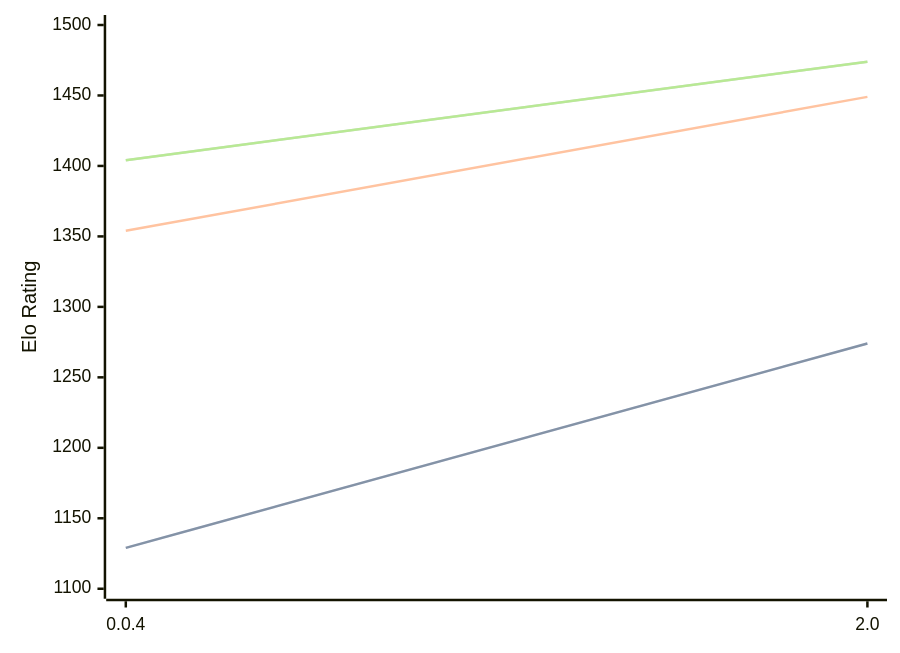
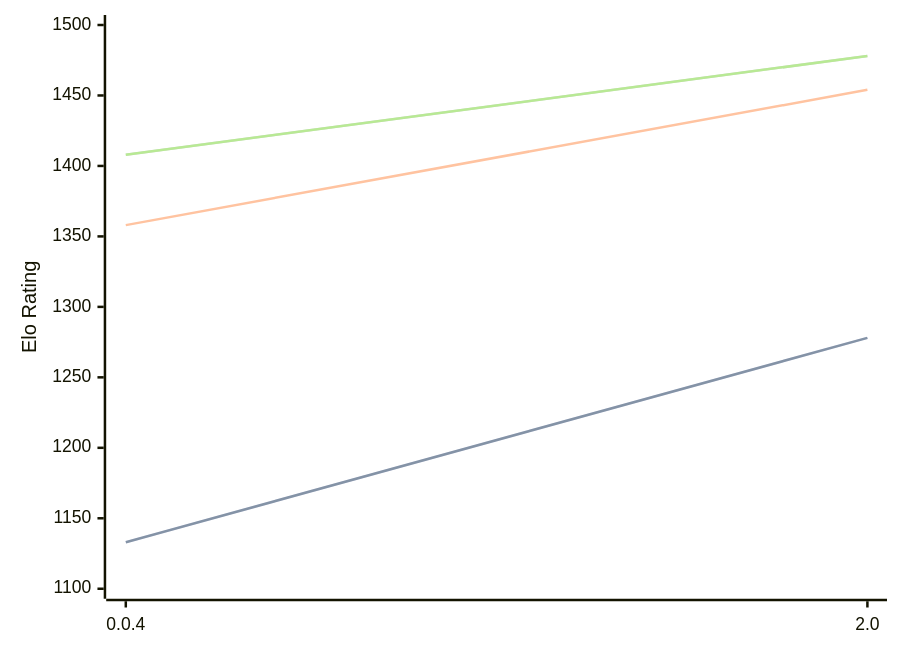
The diagram in engines/Oops!Mate.md (computer-chess-index/cci), drawn with Mermaid before and after one commit. The commit also changed other lines of this file, not shown here.

Commit message:
Update CCI Ratings (ELO VLTC) - 2026-08-18

````diff
--- a/engines/Oops!Mate.md
+++ b/engines/Oops!Mate.md
@@ -33,11 +33,11 @@
 ```mermaid
 %%{init: {"theme":"base","themeVariables":{"seriesColors:['#a3a3a3','#222221','#faa371']}}}%%
 xychart-beta
   x-axis ["0.0.4", "2.0"]
   y-axis "Elo Rating" 1100 --> 1500
-  line "STC (8.0+0.08s)" [1129, 1274]
-  line "STC (8.0+0.08s)" [1129, 1274]
-  line "LTC (60.0+0.60s)" [1354, 1449]
-  line "VLTC (2m24s+1.12s)" [1404, 1474]
-  line "VLTC (2m24s+1.12s)" [1404, 1474]
+  line "STC (8.0+0.08s)" [1133, 1278]
+  line "STC (8.0+0.08s)" [1133, 1278]
+  line "LTC (60.0+0.60s)" [1358, 1454]
+  line "VLTC (2m24s+1.12s)" [1408, 1478]
+  line "VLTC (2m24s+1.12s)" [1408, 1478]
 ```
````
